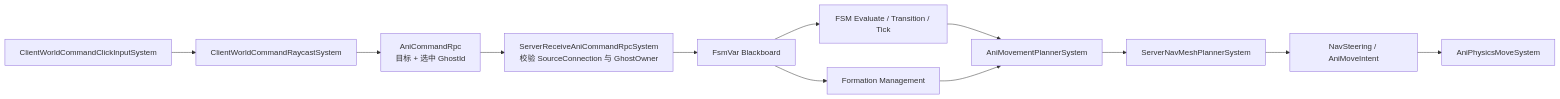
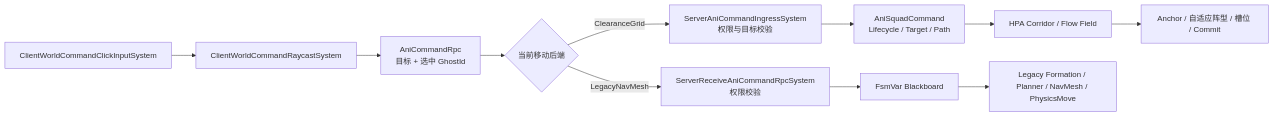
One commit to mcaswen/AnimarsCatcher changed the third of 7 diagrams in docs/Architecture/05_GameplayFlows.md. Above: the diagram before and after it, drawn with Mermaid. The commit also changed other lines of this file and 20 other files, not shown here.

````diff
--- a/docs/Architecture/05_GameplayFlows.md
+++ b/docs/Architecture/05_GameplayFlows.md
@@ -67,21 +67,18 @@
 ```mermaid
 flowchart LR
     Click[ClientWorldCommandClickInputSystem]
     Ray[ClientWorldCommandRaycastSystem]
     Rpc[AniCommandRpc<br/>目标 + 选中 GhostId]
-    Validate[ServerReceiveAniCommandRpcSystem<br/>校验 SourceConnection 与 GhostOwner]
+    Backend{当前移动后端}
+    GridIngress[ServerAniCommandIngressSystem<br/>权限与目标校验]
+    Squad[AniSquadCommand<br/>Lifecycle / Target / Path]
+    Flow[HPA Corridor / Flow Field]
+    GridMove[Anchor / 自适应阵型 / 槽位 / Commit]
+    LegacyIngress[ServerReceiveAniCommandRpcSystem<br/>权限校验]
     Blackboard[FsmVar Blackboard]
-    Fsm[FSM Evaluate / Transition / Tick]
-    Formation[Formation Management]
-    Planner[AniMovementPlannerSystem]
-    Nav[ServerNavMeshPlannerSystem]
-    Steering[NavSteering / AniMoveIntent]
-    Move[AniPhysicsMoveSystem]
+    Legacy[Legacy Formation / Planner / NavMesh / PhysicsMove]
 
-    Click --> Ray --> Rpc --> Validate --> Blackboard
-    Blackboard --> Fsm
-    Blackboard --> Formation
-    Fsm --> Planner
-    Formation --> Planner
-    Planner --> Nav --> Steering --> Move
+    Click --> Ray --> Rpc --> Backend
+    Backend -->|ClearanceGrid| GridIngress --> Squad --> Flow --> GridMove
+    Backend -->|LegacyNavMesh| LegacyIngress --> Blackboard --> Legacy
 ```
````
